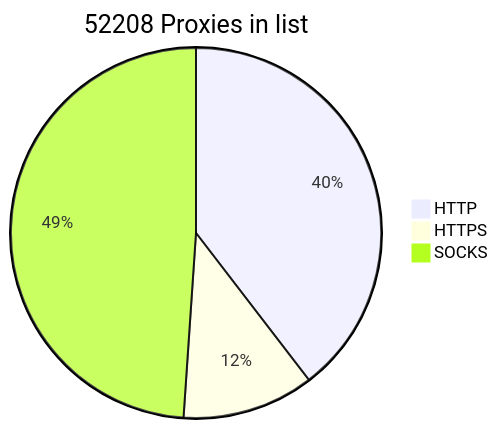
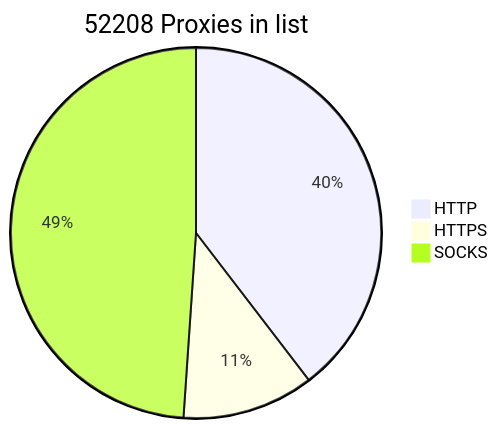
One commit to BlackSnowDot/proxylist-update-every-minute changed the diagram in README.md. Above: the diagram before and after it, drawn with Mermaid.

````diff
--- a/README.md
+++ b/README.md
@@ -2,6 +2,6 @@
 ```mermaid
 pie title 52208 Proxies in list
-    "HTTP" : 23001
-    "HTTPS": 6686
+    "HTTP" : 23010
+    "HTTPS": 6681
     "SOCKS" : 28437
 ```
````
